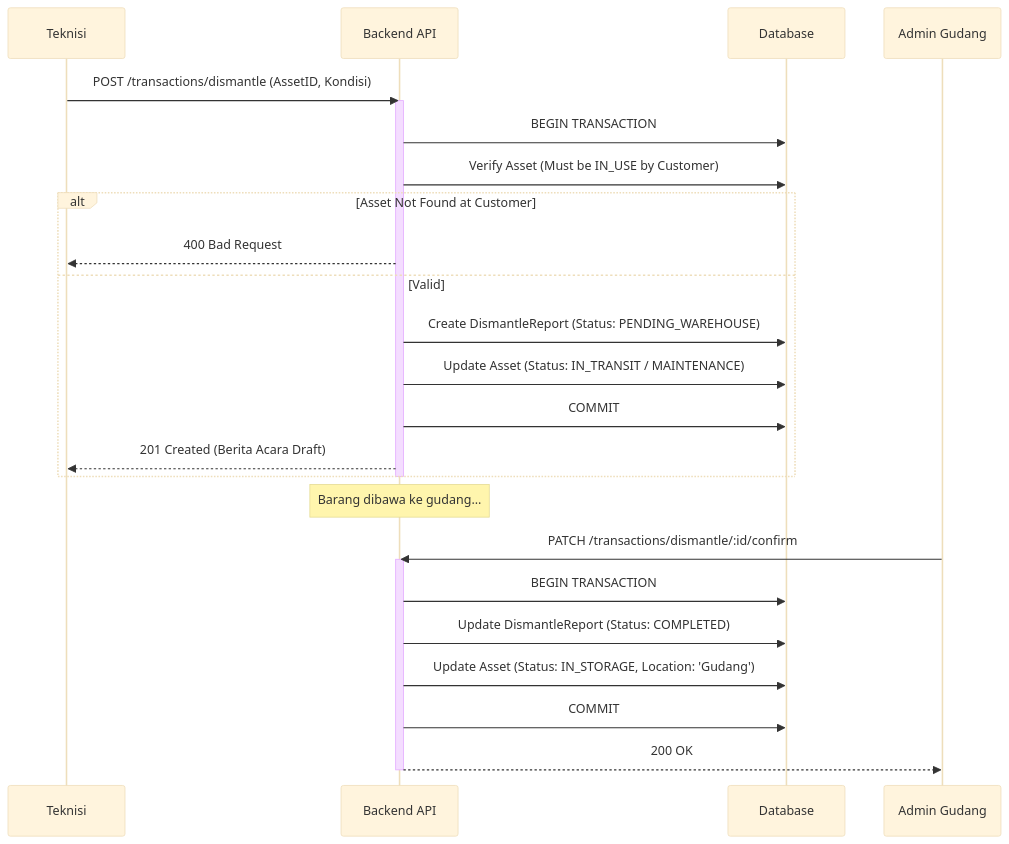
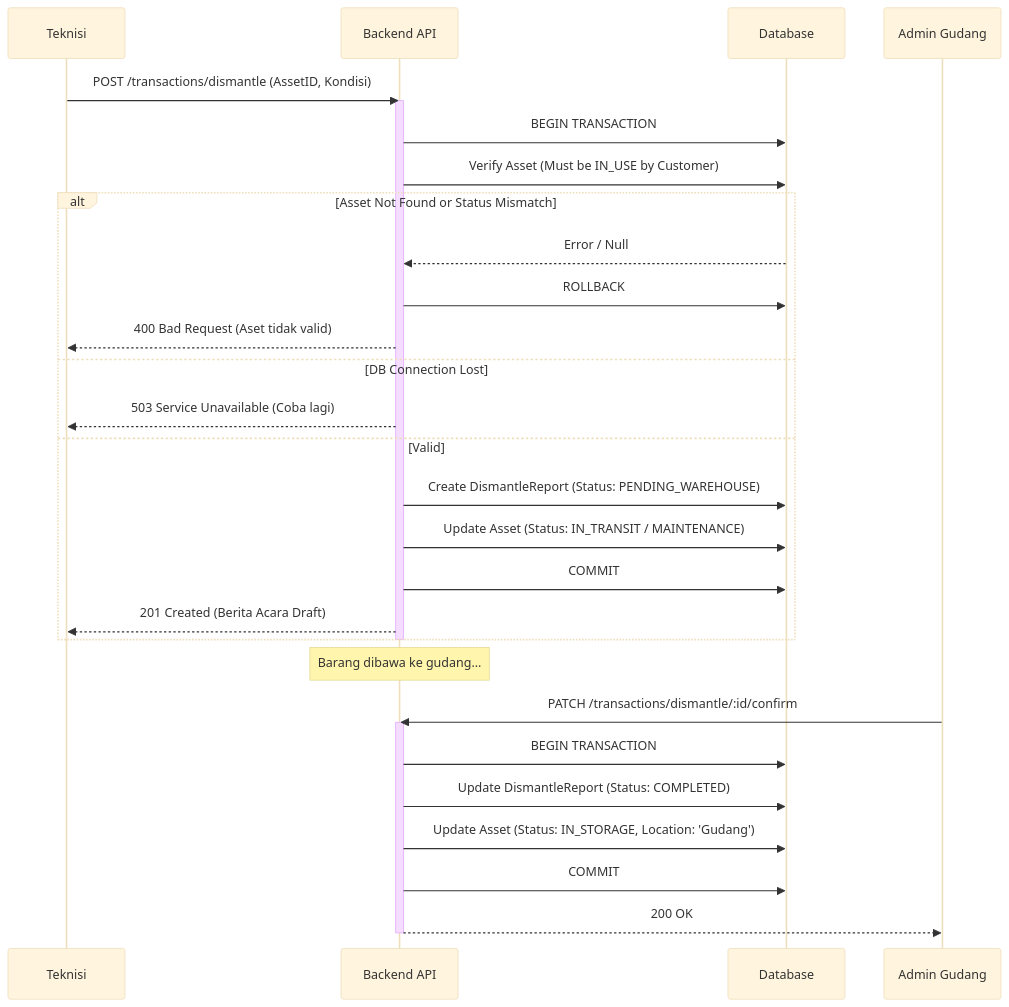
One commit to Asamaludi26/TrinityApps changed the third of 3 diagrams in Docs/01_CONCEPT_AND_ARCHITECTURE/BUSINESS_LOGIC_FLOWS.md. Above: the diagram before and after it, drawn with Mermaid (base theme). The commit also changed other lines of this file and 3 other files, not shown here.

````diff
--- a/Docs/01_CONCEPT_AND_ARCHITECTURE/BUSINESS_LOGIC_FLOWS.md
+++ b/Docs/01_CONCEPT_AND_ARCHITECTURE/BUSINESS_LOGIC_FLOWS.md
@@ -122,34 +124,38 @@
 ```mermaid
 sequenceDiagram
     participant Tech as Teknisi
     participant BE as Backend API
     participant DB as Database
     
     Tech->>BE: POST /transactions/dismantle (AssetID, Kondisi)
     activate BE
     
     BE->>DB: BEGIN TRANSACTION
     BE->>DB: Verify Asset (Must be IN_USE by Customer)
     
-    alt Asset Not Found at Customer
-       BE-->>Tech: 400 Bad Request
+    alt Asset Not Found or Status Mismatch
+       DB-->>BE: Error / Null
+       BE->>DB: ROLLBACK
+       BE-->>Tech: 400 Bad Request (Aset tidak valid)
+    else DB Connection Lost
+       BE-->>Tech: 503 Service Unavailable (Coba lagi)
     else Valid
        BE->>DB: Create DismantleReport (Status: PENDING_WAREHOUSE)
        BE->>DB: Update Asset (Status: IN_TRANSIT / MAINTENANCE)
        BE->>DB: COMMIT
        BE-->>Tech: 201 Created (Berita Acara Draft)
     end
     deactivate BE
     
     Note over BE: Barang dibawa ke gudang...
     
     participant Admin as Admin Gudang
     Admin->>BE: PATCH /transactions/dismantle/:id/confirm
     activate BE
     BE->>DB: BEGIN TRANSACTION
     BE->>DB: Update DismantleReport (Status: COMPLETED)
     BE->>DB: Update Asset (Status: IN_STORAGE, Location: 'Gudang')
     BE->>DB: COMMIT
     BE-->>Admin: 200 OK
     deactivate BE
 ```
````
